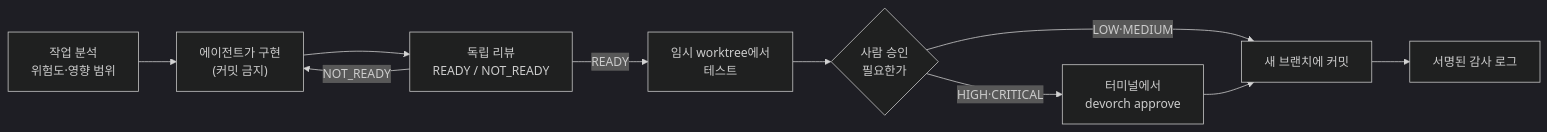
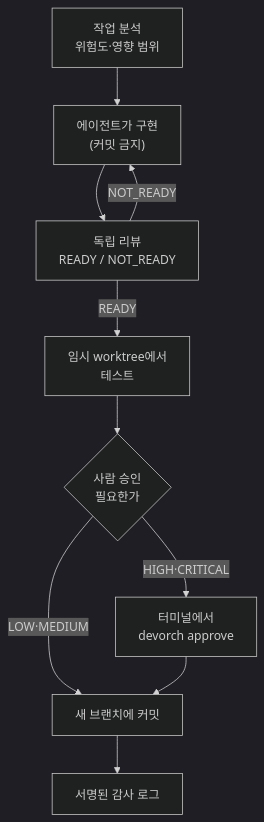
Before and after one commit to YunhuPark/devorch: the diagram in README.md, drawn with Mermaid (dark theme). The commit also changed other lines of this file, not shown here.

First line of the commit message:
docs(readme): draw the flow top-down, fix broken bold, link the case study

````diff
--- a/README.md
+++ b/README.md
@@ -6,12 +6,12 @@
 ```mermaid
-flowchart LR
+flowchart TD
     A["작업 분석<br>위험도·영향 범위"] --> B["에이전트가 구현<br>(커밋 금지)"]
     B --> C["독립 리뷰<br>READY / NOT_READY"]
     C -->|NOT_READY| B
     C -->|READY| D["임시 worktree에서<br>테스트"]
     D --> E{"사람 승인<br>필요한가"}
     E -->|HIGH·CRITICAL| F["터미널에서<br>devorch approve"]
     E -->|LOW·MEDIUM| G["새 브랜치에 커밋"]
     F --> G
     G --> H["서명된 감사 로그"]
 ```
````
